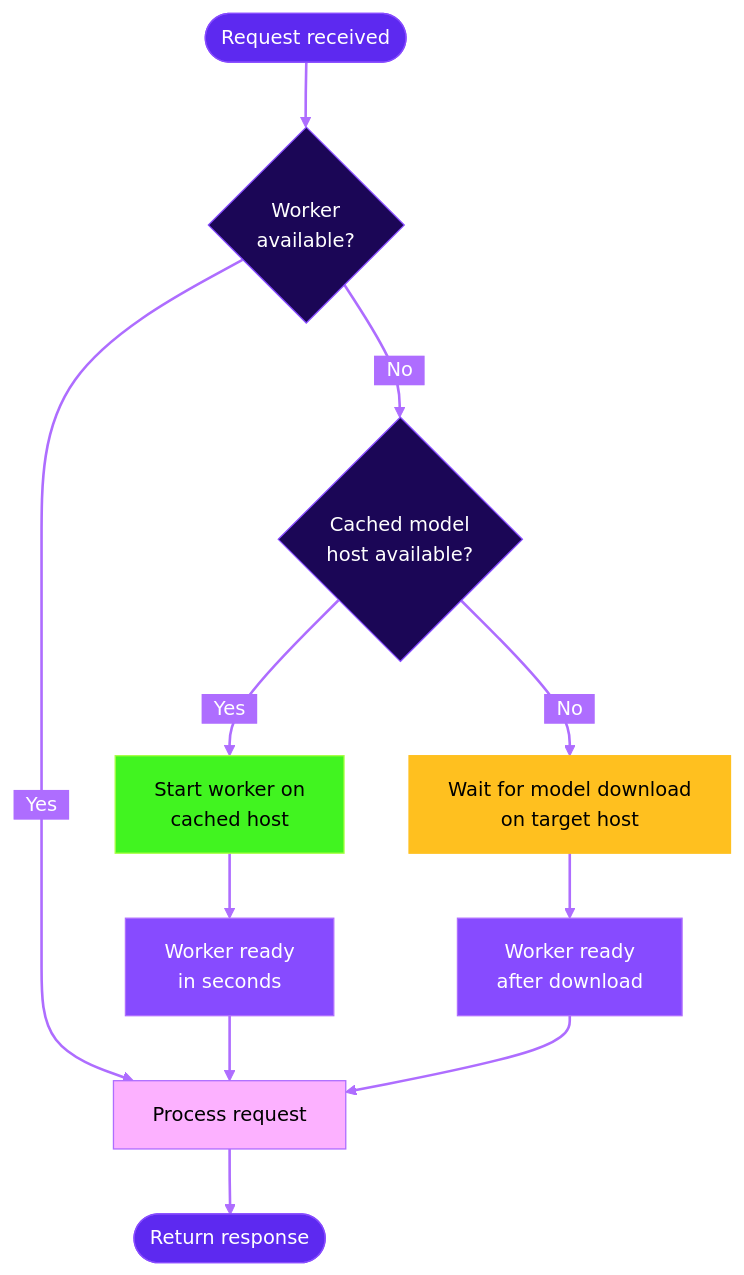
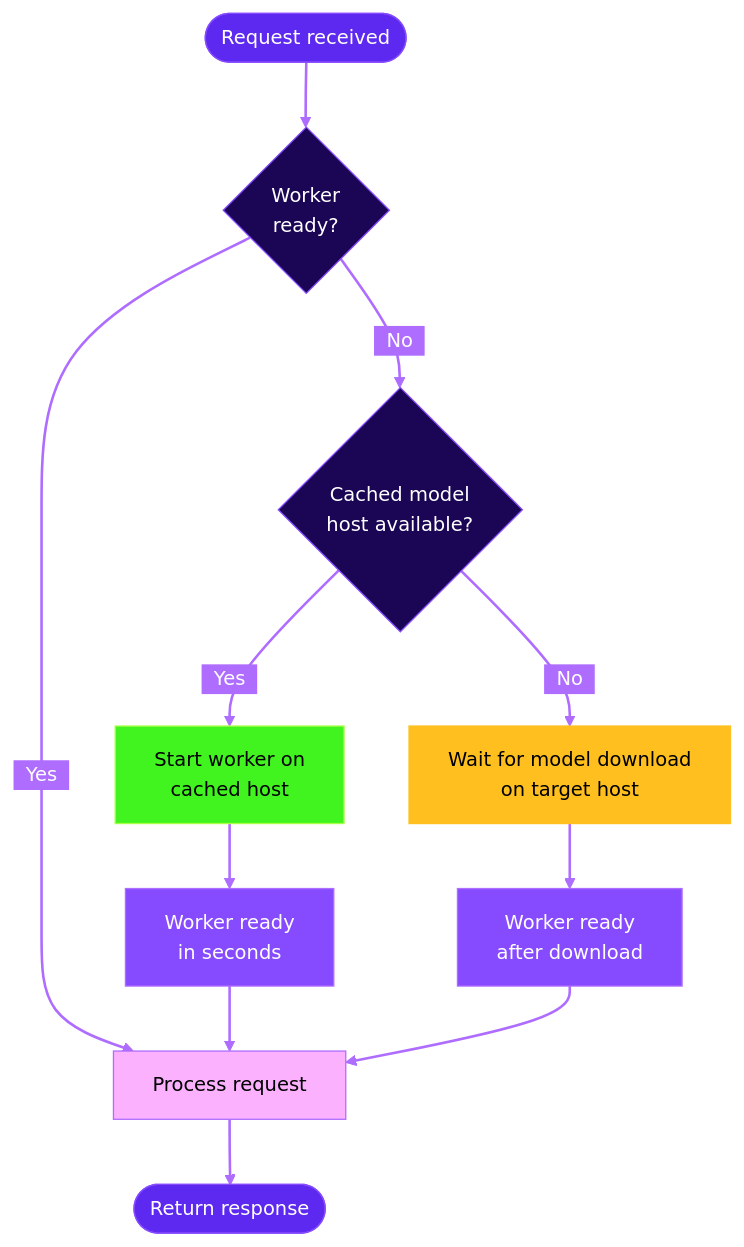
The diagram in serverless/endpoints/model-caching.mdx (runpod/docs), drawn with Mermaid before and after one commit. The commit also changed 1 other file, not shown here.

Commit message:
worker ready

````diff
--- a/serverless/endpoints/model-caching.mdx
+++ b/serverless/endpoints/model-caching.mdx
@@ -28,32 +28,32 @@
 ```mermaid
 %%{init: {'theme':'base', 'themeVariables': { 'primaryColor':'#5D29F0','primaryTextColor':'#fff','primaryBorderColor':'#874BFF','lineColor':'#AE6DFF','secondaryColor':'#AE6DFF','tertiaryColor':'#FCB1FF','edgeLabelBackground':'#AE6DFF', 'fontSize':'15px','fontFamily':'font-inter'}}}%%
 
 flowchart TD
-    Start([Request received]) --> CheckWorkers{Worker<br/>available?}
+    Start([Request received]) --> CheckWorkers{Worker<br/>ready?}
     
     CheckWorkers -->|"&nbsp;&nbsp;Yes&nbsp;&nbsp;"| Process[Process request]
     
     CheckWorkers -->|"&nbsp;&nbsp;No&nbsp;&nbsp;"| CheckCache{Cached model<br/>host available?}
     
     CheckCache -->|"&nbsp;&nbsp;Yes&nbsp;&nbsp;"| FastStart[Start worker on<br/>cached host]
     FastStart --> Ready1[Worker ready<br/>in seconds]
     Ready1 --> Process
     
     CheckCache -->|"&nbsp;&nbsp;No&nbsp;&nbsp;"| WaitForCache[Wait for model download<br/>on target host]
     WaitForCache --> Ready2[Worker ready<br/>after download]
     Ready2 --> Process
     
     Process --> Response([Return response])
 
     style Start fill:#5D29F0,stroke:#874BFF,color:#FFFFFF
     style Response fill:#5D29F0,stroke:#874BFF,color:#FFFFFF
     style FastStart fill:#41F420,stroke:#A7FF43,color:#000000
     style Ready1 fill:#874BFF,stroke:#AE6DFF,color:#FFFFFF
     style WaitForCache fill:#FFC01F,stroke:#FFC01F,color:#000000
     style Ready2 fill:#874BFF,stroke:#AE6DFF,color:#FFFFFF
     style CheckWorkers fill:#1B0656,stroke:#874BFF,color:#FFFFFF
     style CheckCache fill:#1B0656,stroke:#874BFF,color:#FFFFFF
     style Process fill:#FCB1FF,stroke:#AE6DFF,color:#000000
 
     linkStyle default stroke-width:2px
 ```
````
